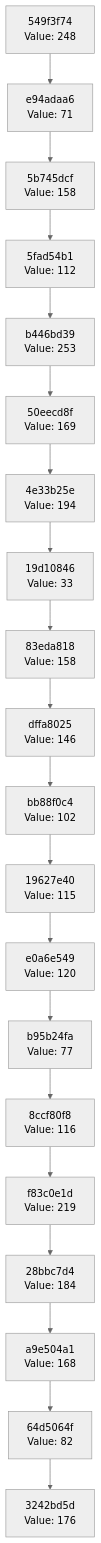
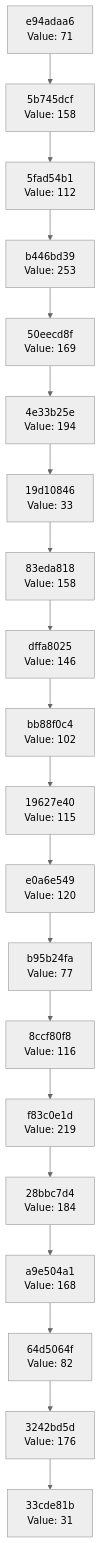
Before and after one commit to Abhisheksinha1506/hash-chain-evolver: the diagram in docs/CHAIN_VISUALIZATION.md, drawn with Mermaid (neutral theme). The commit also changed 2 other files, not shown here.

Commit message:
Evolution step: hash 0x1F → action executed

````diff
--- a/docs/CHAIN_VISUALIZATION.md
+++ b/docs/CHAIN_VISUALIZATION.md
@@ -3,42 +3,42 @@
 ```mermaid
 graph TD
-    C0["3242bd5d<br/>Value: 176"]
-    C1["64d5064f<br/>Value: 82"]
+    C0["33cde81b<br/>Value: 31"]
+    C1["3242bd5d<br/>Value: 176"]
     C1 --> C0
-    C2["a9e504a1<br/>Value: 168"]
+    C2["64d5064f<br/>Value: 82"]
     C2 --> C1
-    C3["28bbc7d4<br/>Value: 184"]
+    C3["a9e504a1<br/>Value: 168"]
     C3 --> C2
-    C4["f83c0e1d<br/>Value: 219"]
+    C4["28bbc7d4<br/>Value: 184"]
     C4 --> C3
-    C5["8ccf80f8<br/>Value: 116"]
+    C5["f83c0e1d<br/>Value: 219"]
     C5 --> C4
-    C6["b95b24fa<br/>Value: 77"]
+    C6["8ccf80f8<br/>Value: 116"]
     C6 --> C5
-    C7["e0a6e549<br/>Value: 120"]
+    C7["b95b24fa<br/>Value: 77"]
     C7 --> C6
-    C8["19627e40<br/>Value: 115"]
+    C8["e0a6e549<br/>Value: 120"]
     C8 --> C7
-    C9["bb88f0c4<br/>Value: 102"]
+    C9["19627e40<br/>Value: 115"]
     C9 --> C8
-    C10["dffa8025<br/>Value: 146"]
+    C10["bb88f0c4<br/>Value: 102"]
     C10 --> C9
-    C11["83eda818<br/>Value: 158"]
+    C11["dffa8025<br/>Value: 146"]
     C11 --> C10
-    C12["19d10846<br/>Value: 33"]
+    C12["83eda818<br/>Value: 158"]
     C12 --> C11
-    C13["4e33b25e<br/>Value: 194"]
+    C13["19d10846<br/>Value: 33"]
     C13 --> C12
-    C14["50eecd8f<br/>Value: 169"]
+    C14["4e33b25e<br/>Value: 194"]
     C14 --> C13
-    C15["b446bd39<br/>Value: 253"]
+    C15["50eecd8f<br/>Value: 169"]
     C15 --> C14
-    C16["5fad54b1<br/>Value: 112"]
+    C16["b446bd39<br/>Value: 253"]
     C16 --> C15
-    C17["5b745dcf<br/>Value: 158"]
+    C17["5fad54b1<br/>Value: 112"]
     C17 --> C16
-    C18["e94adaa6<br/>Value: 71"]
+    C18["5b745dcf<br/>Value: 158"]
     C18 --> C17
-    C19["549f3f74<br/>Value: 248"]
+    C19["e94adaa6<br/>Value: 71"]
     C19 --> C18
 ```
````
